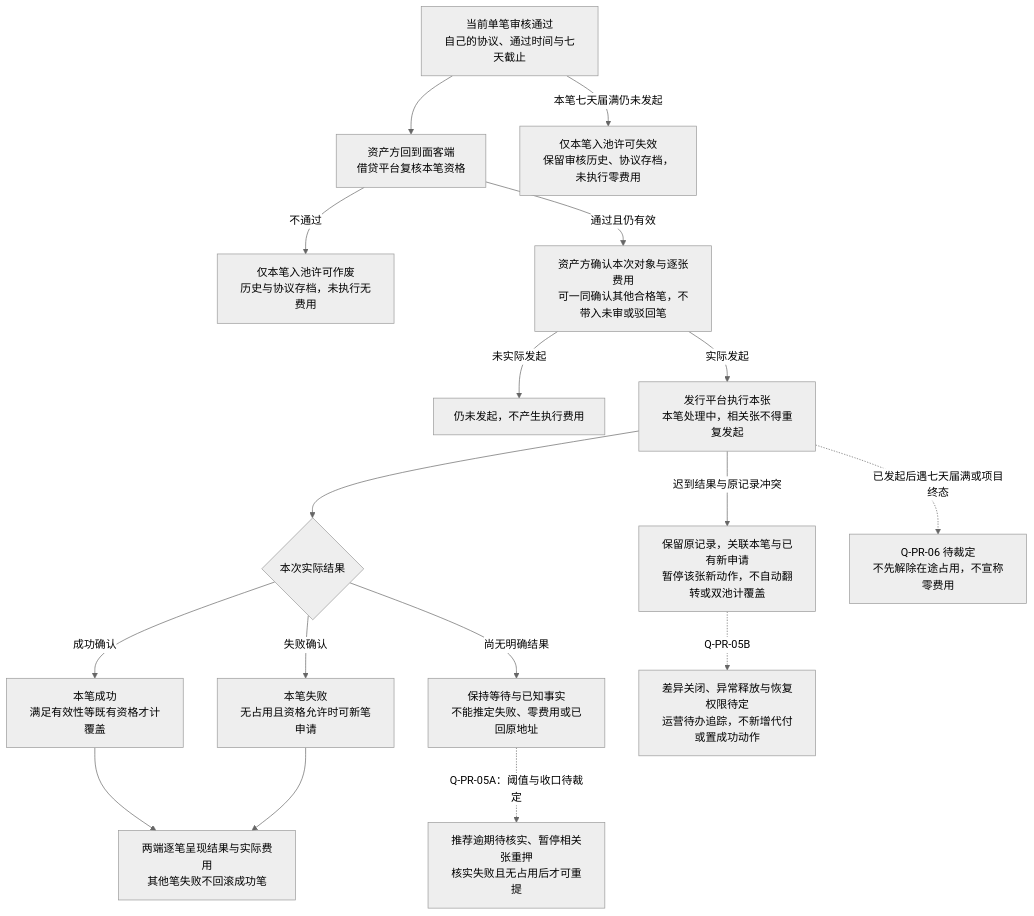
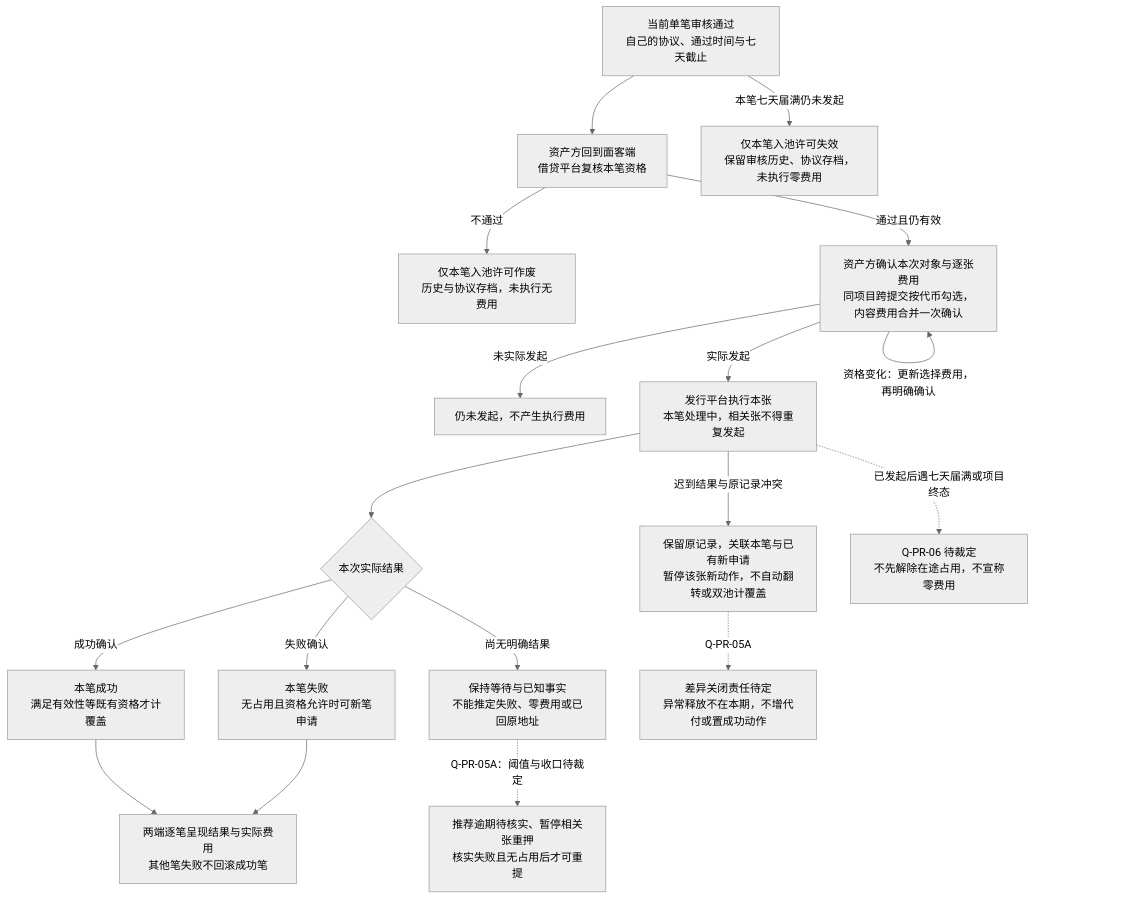
Before and after one commit to wxblockchain/Chain-Financing: the second of 5 diagrams in lending-platform/PRD/v1.0-代币质押审核/v1.0-代币质押审核-流程图与状态机.md, drawn with Mermaid (neutral theme). The commit also changed other lines of this file and 5 other files, not shown here.

````diff
--- a/lending-platform/PRD/v1.0-代币质押审核/v1.0-代币质押审核-流程图与状态机.md
+++ b/lending-platform/PRD/v1.0-代币质押审核/v1.0-代币质押审核-流程图与状态机.md
@@ -55,19 +55,20 @@
 ```mermaid
 flowchart TD
   A["当前单笔审核通过<br/>自己的协议、通过时间与七天截止"] --> B["资产方回到面客端<br/>借贷平台复核本笔资格"]
   B -- "不通过" --> C["仅本笔入池许可作废<br/>历史与协议存档，未执行无费用"]
-  B -- "通过且仍有效" --> D["资产方确认本次对象与逐张费用<br/>可一同确认其他合格笔，不带入未审或驳回笔"]
+  B -- "通过且仍有效" --> D["资产方确认本次对象与逐张费用<br/>同项目跨提交按代币勾选，内容费用合并一次确认"]
   D -- "未实际发起" --> E["仍未发起，不产生执行费用"]
+  D -- "资格变化：更新选择费用，再明确确认" --> D
   D -- "实际发起" --> F["发行平台执行本张<br/>本笔处理中，相关张不得重复发起"]
   F --> G{"本次实际结果"}
   G -- "成功确认" --> H["本笔成功<br/>满足有效性等既有资格才计覆盖"]
   G -- "失败确认" --> I["本笔失败<br/>无占用且资格允许时可新笔申请"]
   G -- "尚无明确结果" --> J["保持等待与已知事实<br/>不能推定失败、零费用或已回原地址"]
   H --> K["两端逐笔呈现结果与实际费用<br/>其他笔失败不回滚成功笔"]
   I --> K
   J -. "Q-PR-05A：阈值与收口待裁定" .-> U["推荐逾期待核实、暂停相关张重押<br/>核实失败且无占用后才可重提"]
   F -- "迟到结果与原记录冲突" --> L["保留原记录，关联本笔与已有新申请<br/>暂停该张新动作，不自动翻转或双池计覆盖"]
-  L -. "Q-PR-05B" .-> N["差异关闭、异常释放与恢复权限待定<br/>运营待办追踪，不新增代付或置成功动作"]
+  L -. "Q-PR-05A" .-> N["差异关闭责任待定<br/>异常释放不在本期，不增代付或置成功动作"]
   A -- "本笔七天届满仍未发起" --> O["仅本笔入池许可失效<br/>保留审核历史、协议存档，未执行零费用"]
   F -. "已发起后遇七天届满或项目终态" .-> P["Q-PR-06 待裁定<br/>不先解除在途占用，不宣称零费用"]
 ```
````
